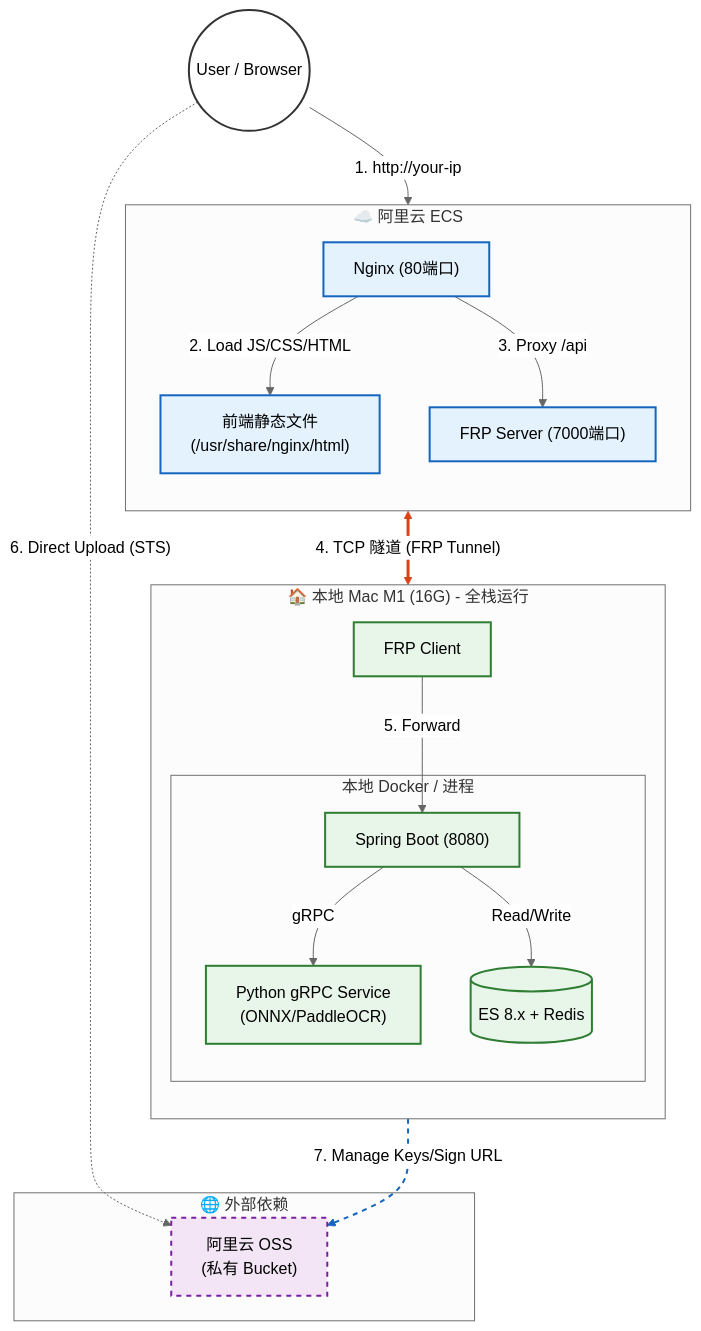
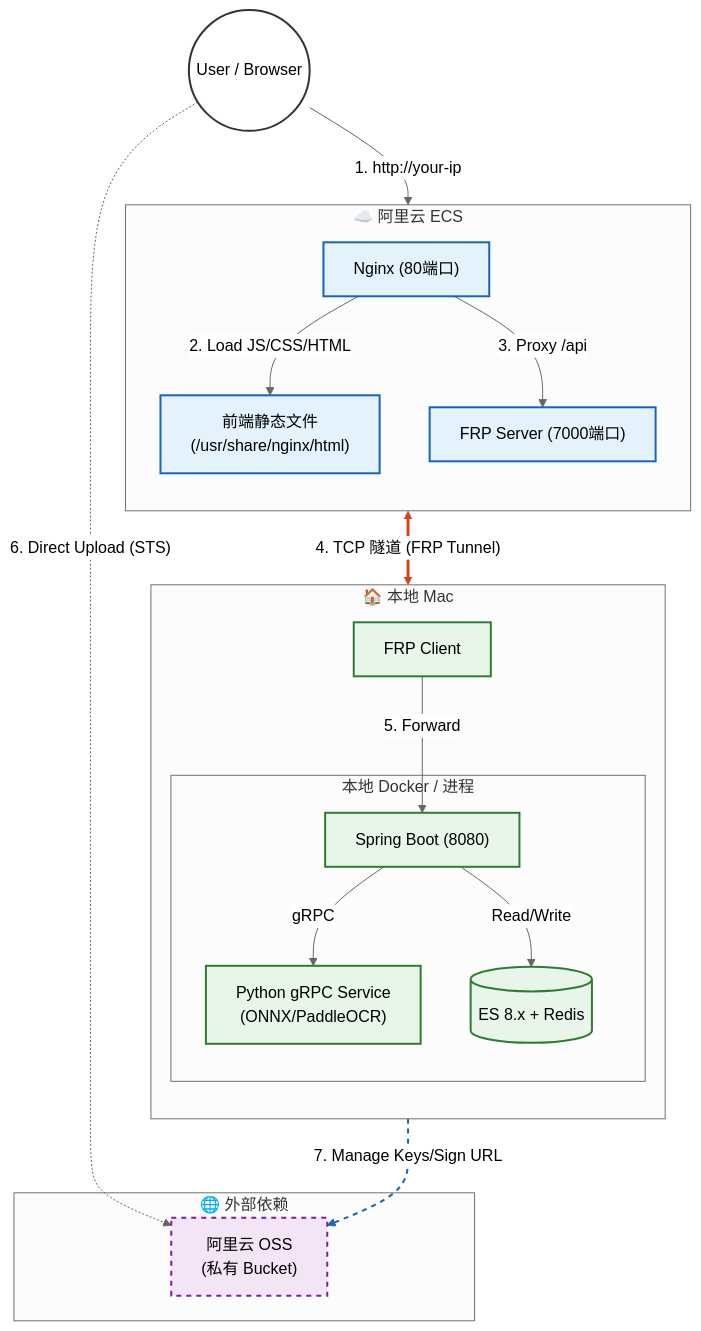
Before and after one commit to ryanmeowy/smart-vision: the second of 2 diagrams in README.md, drawn with Mermaid (neutral theme). The commit also changed other lines of this file, not shown here.

````diff
--- a/README.md
+++ b/README.md
@@ -192,61 +192,61 @@
 ```mermaid
 graph TD
     %% ================= 样式定义 =================
     classDef user fill:#ffffff,stroke:#333,stroke-width:2px;
     classDef cloud fill:#e3f2fd,stroke:#1565c0,stroke-width:2px;
     classDef edge fill:#e8f5e9,stroke:#2e7d32,stroke-width:2px;
     classDef saas fill:#f3e5f5,stroke:#7b1fa2,stroke-width:2px,stroke-dasharray: 5 5;
 
     %% ================= 外部用户 =================
     User((User / Browser)):::user
 
     %% ================= 云端节点 (流量入口) =================
     subgraph Cloud_Node ["☁️ 阿里云 ECS"]
         direction TB
         Nginx["Nginx (80端口)"]:::cloud
         FRPS["FRP Server (7000端口)"]:::cloud
         StaticFiles["前端静态文件<br>(/usr/share/nginx/html)"]:::cloud
     end
 
     %% ================= 边缘节点 (算力核心) =================
-    subgraph Edge_Node ["🏠 本地 Mac M1 (16G) - 全栈运行"]
+    subgraph Edge_Node ["🏠 本地 Mac"]
         direction TB
         FRPC[FRP Client]:::edge
         
         subgraph Local_Services [本地 Docker / 进程]
             Java["Spring Boot (8080)"]:::edge
             Python["Python gRPC Service<br>(ONNX/PaddleOCR)"]:::edge
             DB[(ES 8.x + Redis)]:::edge
         end
     end
 
     %% ================= 外部 SaaS =================
     subgraph External_SaaS [🌐 外部依赖]
         OSS["阿里云 OSS<br>(私有 Bucket)"]:::saas
     end
 
     %% ================= 流量链路 =================
 
     %% 1. HTTP 访问
     User -- "1. http://your-ip" --> Nginx
 
     %% 2. 静态资源 (云端直接返回，极快)
     Nginx -- "2. Load JS/CSS/HTML" --> StaticFiles
 
     %% 3. 动态请求 (穿透)
     Nginx -- "3. Proxy /api" --> FRPS
     FRPS <== "4. TCP 隧道 (FRP Tunnel)" ==> FRPC
     FRPC -- "5. Forward" --> Java
 
     %% 4. 本地计算
     Java -- "gRPC" --> Python
     Java -- "Read/Write" --> DB
 
     %% 5. OSS 直传 (绕过服务器)
     User -.->|"6. Direct Upload (STS)"| OSS
     Java -.->|"7. Manage Keys/Sign URL"| OSS
 
     %% ================= 样式微调 =================
     linkStyle 3 stroke:#d84315,stroke-width:3px;
     linkStyle 8 stroke:#1565c0,stroke-width:2px,stroke-dasharray: 5 5; 
 ```
````
